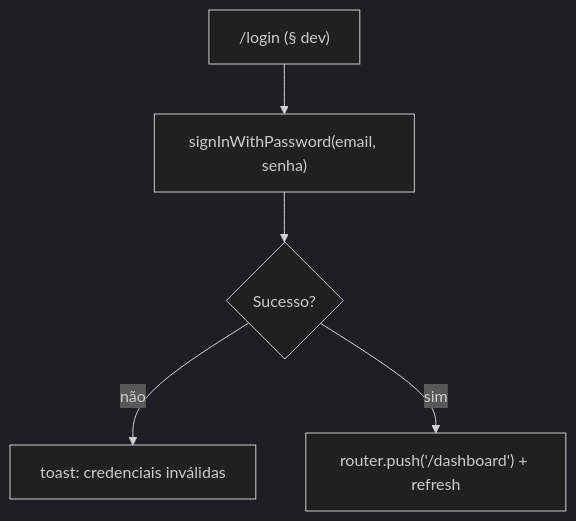
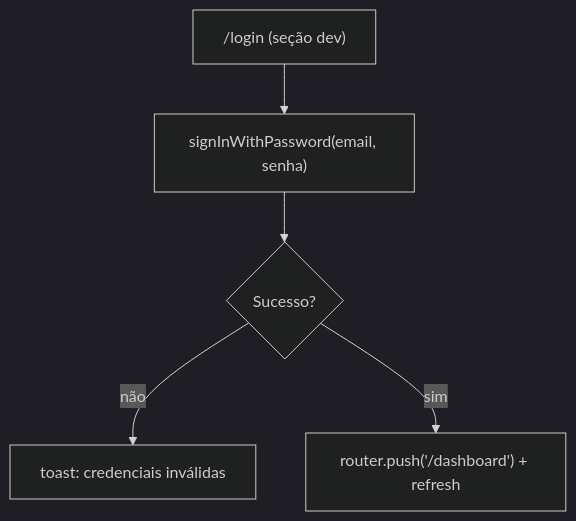
The third of 14 diagrams in docs/flows/fluxos-do-sistema.md (cavalcanteprofissional/karaoke-flow), drawn with Mermaid (dark theme) before and after one commit. The commit also changed other lines of this file and 37 other files, not shown here.

````diff
--- a/docs/flows/fluxos-do-sistema.md
+++ b/docs/flows/fluxos-do-sistema.md
@@ -33,7 +45,7 @@
 ```mermaid
 flowchart TD
-    A["/login (§ dev)"] --> B["signInWithPassword(email, senha)"]
+    A["/login (seção dev)"] --> B["signInWithPassword(email, senha)"]
     B --> C{Sucesso?}
-    C -- não --> E[toast: credenciais inválidas]
-    C -- sim --> F["router.push('/dashboard') + refresh"]
+    C -->|não| E["toast: credenciais inválidas"]
+    C -->|sim| F["router.push('/dashboard') + refresh"]
 ```
````
